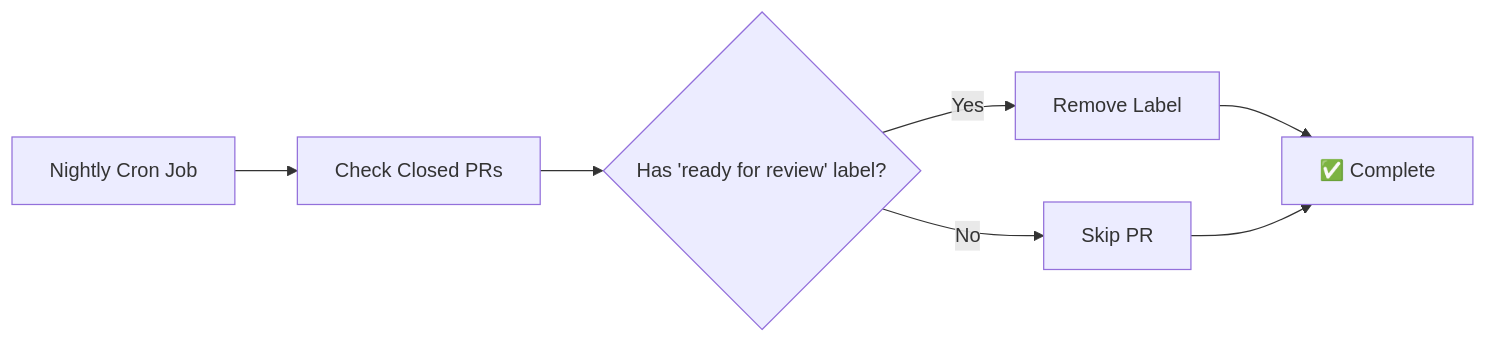
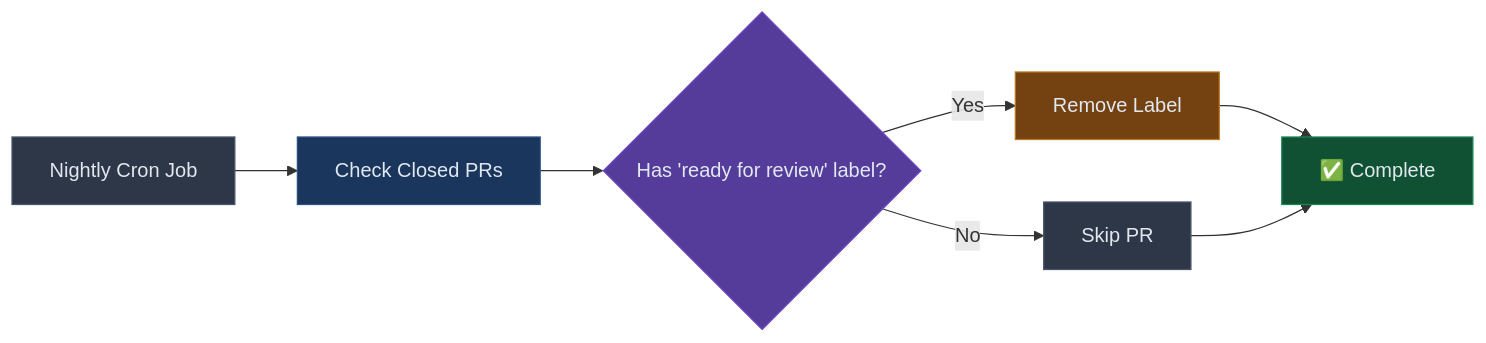
Before and after one commit to thenets/repo-automation: the fourth of 7 diagrams in README.md, drawn with Mermaid. The commit also changed other lines of this file and 1 other file, not shown here.

Commit message:
Update mermaid charts with dark-mode friendly colors

````diff
--- a/README.md
+++ b/README.md
@@ -355,9 +386,16 @@
 ```mermaid
 flowchart LR
     A[Nightly Cron Job] --> B[Check Closed PRs]
     B --> C{Has 'ready for review' label?}
     C -->|Yes| D[Remove Label]
     C -->|No| E[Skip PR]
     D --> F[✅ Complete]
     E --> F
+    
+    style A fill:#2d3748,stroke:#4a5568,color:#e2e8f0
+    style B fill:#1a365d,stroke:#2c5282,color:#e2e8f0
+    style C fill:#553c9a,stroke:#6b46c1,color:#e2e8f0
+    style D fill:#744210,stroke:#b7791f,color:#e2e8f0
+    style E fill:#2d3748,stroke:#4a5568,color:#e2e8f0
+    style F fill:#0f5132,stroke:#198754,color:#e2e8f0
 ```
````
